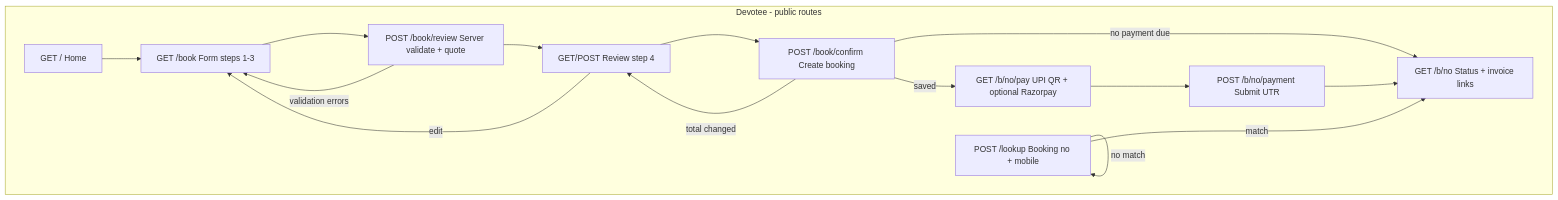
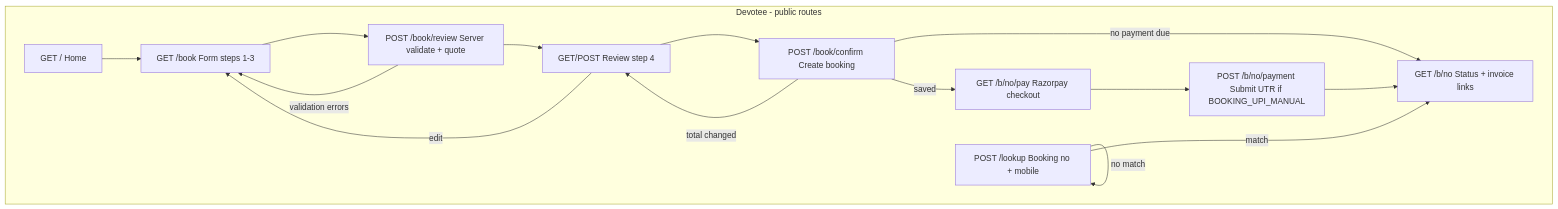
One commit to rakeshrajena/jt-temple-blr changed the first of 4 diagrams in Booking/README.md. Above: the diagram before and after it, drawn with Mermaid. The commit also changed other lines of this file and 26 other files, not shown here.

Commit message:
Payment Gateway Razor pay added

````diff
--- a/Booking/README.md
+++ b/Booking/README.md
@@ -33,28 +33,28 @@
 ```mermaid
 flowchart TD
   subgraph public [Devotee - public routes]
     H[GET / Home]
     B[GET /book Form steps 1-3]
     R[POST /book/review Server validate + quote]
     RV[GET/POST Review step 4]
     C[POST /book/confirm Create booking]
-    P[GET /b/no/pay UPI QR + optional Razorpay]
-    SP[POST /b/no/payment Submit UTR]
+    P[GET /b/no/pay Razorpay checkout]
+    SP[POST /b/no/payment Submit UTR if BOOKING_UPI_MANUAL]
     S[GET /b/no Status + invoice links]
     L[POST /lookup Booking no + mobile]
   end
 
   H --> B
   B --> R
   R -->|validation errors| B
   R --> RV
   RV -->|edit| B
   RV --> C
   C -->|total changed| RV
   C -->|saved| P
   C -->|no payment due| S
   P --> SP
   SP --> S
   L -->|match| S
   L -->|no match| L
 ```
````
